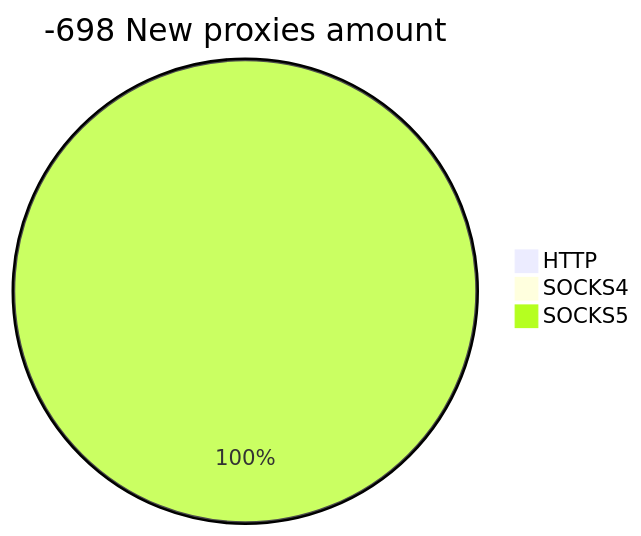
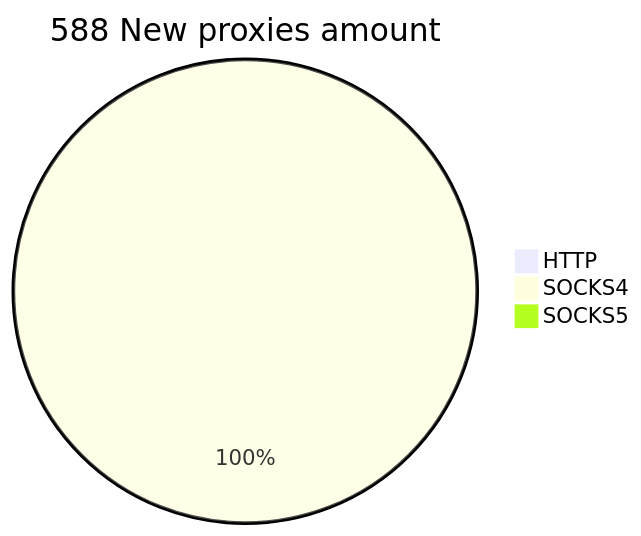
The second of 2 diagrams in README.md (cutipu/proxylist), drawn with Mermaid before and after one commit. The commit also changed other lines of this file, not shown here.

````diff
--- a/README.md
+++ b/README.md
@@ -10,6 +10,6 @@
 ```mermaid
-pie title -698 New proxies amount
+pie title 588 New proxies amount
     "HTTP" : 0
-    "SOCKS4" : 0
-    "SOCKS5" : 1
+    "SOCKS4" : 674
+    "SOCKS5" : 0
 ```
````
